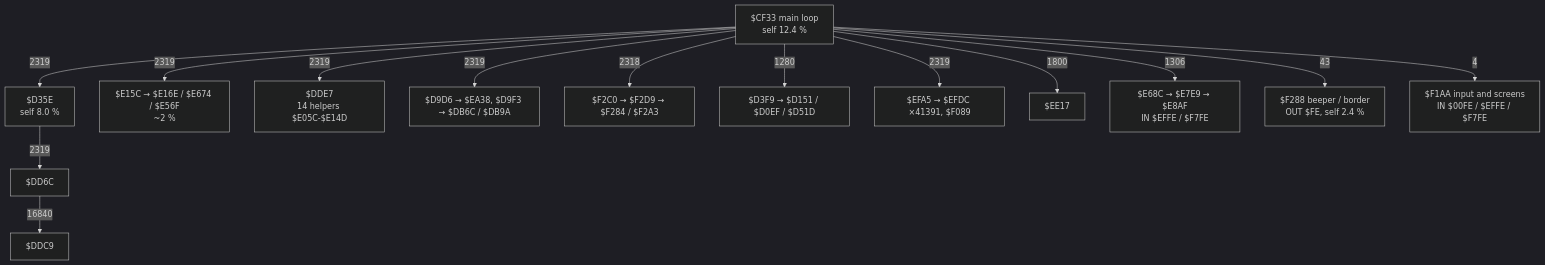
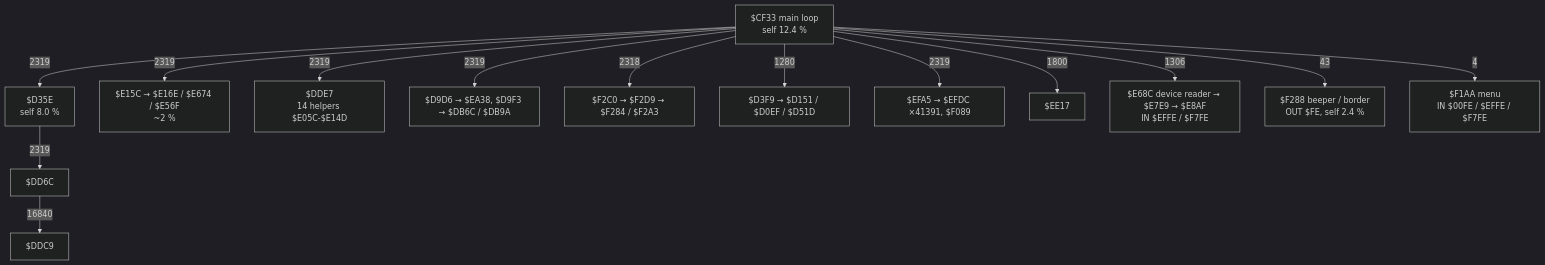
Before and after one commit to alfishe/unrealng-reverse-cases: the third of 4 diagrams in hate/docs/02-architecture.md, drawn with Mermaid (dark theme). The commit also changed other lines of this file and 8 other files, not shown here.

````diff
--- a/hate/docs/02-architecture.md
+++ b/hate/docs/02-architecture.md
@@ -209,16 +209,16 @@
 ```mermaid
 flowchart TD
     MAIN["$CF33 main loop<br/>self 12.4 %"]
     MAIN -->|2319| D35E["$D35E<br/>self 8.0 %"]
     D35E -->|2319| DD6C["$DD6C"] -->|16840| DDC9["$DDC9"]
     MAIN -->|2319| E15C["$E15C → $E16E / $E674 / $E56F<br/>~2 %"]
     MAIN -->|2319| DDE7["$DDE7<br/>14 helpers $E05C-$E14D"]
     MAIN -->|2319| D9D6["$D9D6 → $EA38, $D9F3 → $DB6C / $DB9A"]
     MAIN -->|2318| F2C0["$F2C0 → $F2D9 → $F284 / $F2A3"]
     MAIN -->|1280| D3F9["$D3F9 → $D151 / $D0EF / $D51D"]
     MAIN -->|2319| EFA5["$EFA5 → $EFDC ×41391, $F089"]
     MAIN -->|1800| EE17["$EE17"]
-    MAIN -->|1306| E68C["$E68C → $E7E9 → $E8AF<br/>IN $EFFE / $F7FE"]
+    MAIN -->|1306| E68C["$E68C device reader → $E7E9 → $E8AF<br/>IN $EFFE / $F7FE"]
     MAIN -->|43| F288["$F288 beeper / border<br/>OUT $FE, self 2.4 %"]
-    MAIN -->|4| F1AA["$F1AA input and screens<br/>IN $00FE / $EFFE / $F7FE"]
+    MAIN -->|4| F1AA["$F1AA menu<br/>IN $00FE / $EFFE / $F7FE"]
 ```
````
